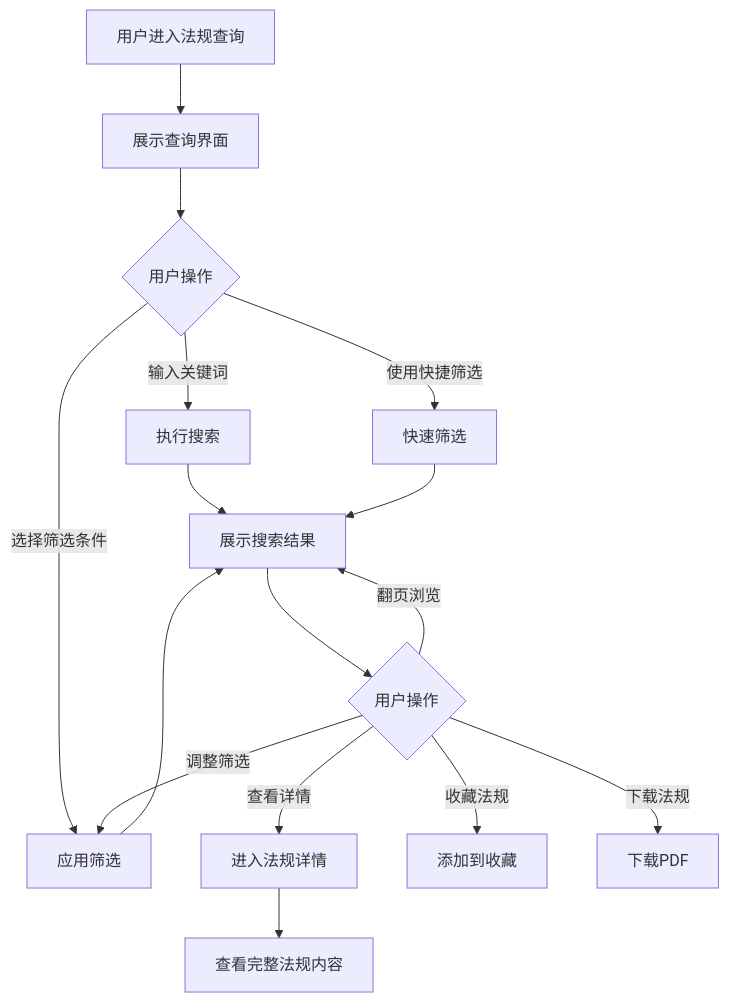
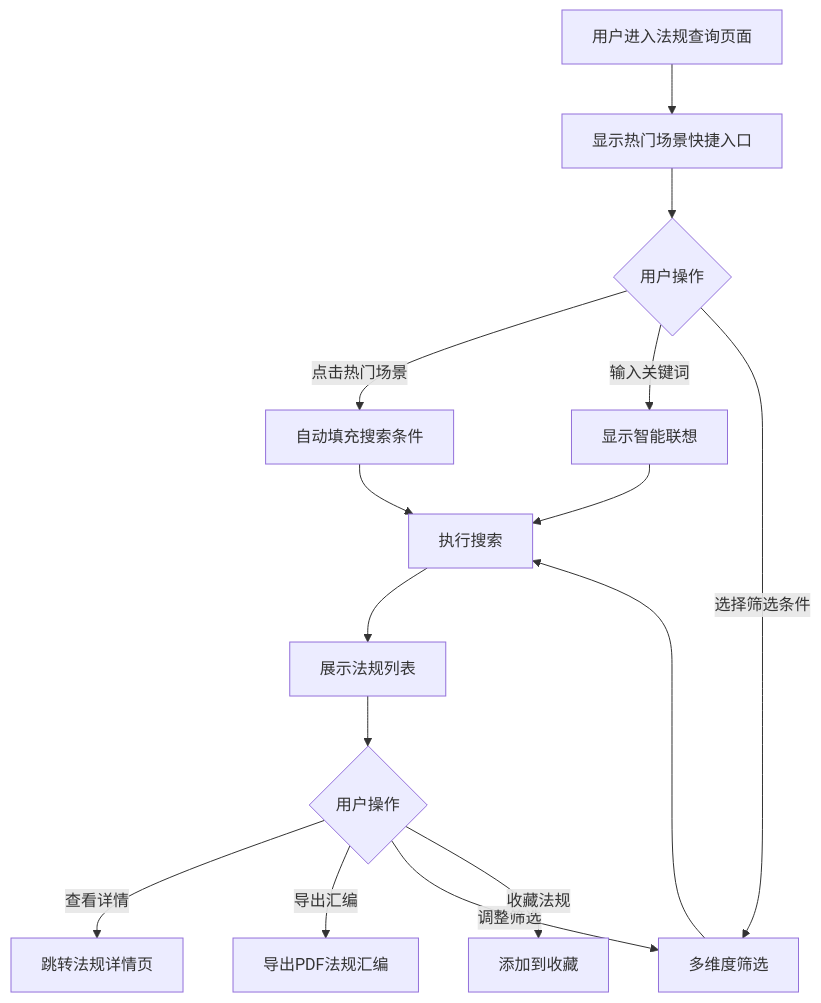
One commit to 573746624-hash/JZT------20260310 changed the diagram in docs/法律护航/法规查询.md. Above: the diagram before and after it, drawn with Mermaid. The commit also changed other lines of this file and 25 other files, not shown here.

````diff
--- a/docs/法律护航/法规查询.md
+++ b/docs/法律护航/法规查询.md
@@ -9,18 +8,17 @@
 ```mermaid
 flowchart TD
-    A[用户进入法规查询] --> B[展示查询界面]
+    A[用户进入法规查询页面] --> B[显示热门场景快捷入口]
     B --> C{用户操作}
-    C -->|输入关键词| D[执行搜索]
-    C -->|选择筛选条件| E[应用筛选]
-    C -->|使用快捷筛选| F[快速筛选]
-    D --> G[展示搜索结果]
+    C -->|点击热门场景| D[自动填充搜索条件]
+    C -->|输入关键词| E[显示智能联想]
+    C -->|选择筛选条件| F[多维度筛选]
+    D --> G[执行搜索]
     E --> G
     F --> G
-    G --> H{用户操作}
-    H -->|查看详情| I[进入法规详情]
-    H -->|调整筛选| E
-    H -->|翻页浏览| G
-    H -->|收藏法规| J[添加到收藏]
-    H -->|下载法规| K[下载PDF]
-    I --> L[查看完整法规内容]
+    G --> H[展示法规列表]
+    H --> I{用户操作}
+    I -->|查看详情| J[跳转法规详情页]
+    I -->|导出汇编| K[导出PDF法规汇编]
+    I -->|调整筛选| F
+    I -->|收藏法规| L[添加到收藏]
 ```
````
